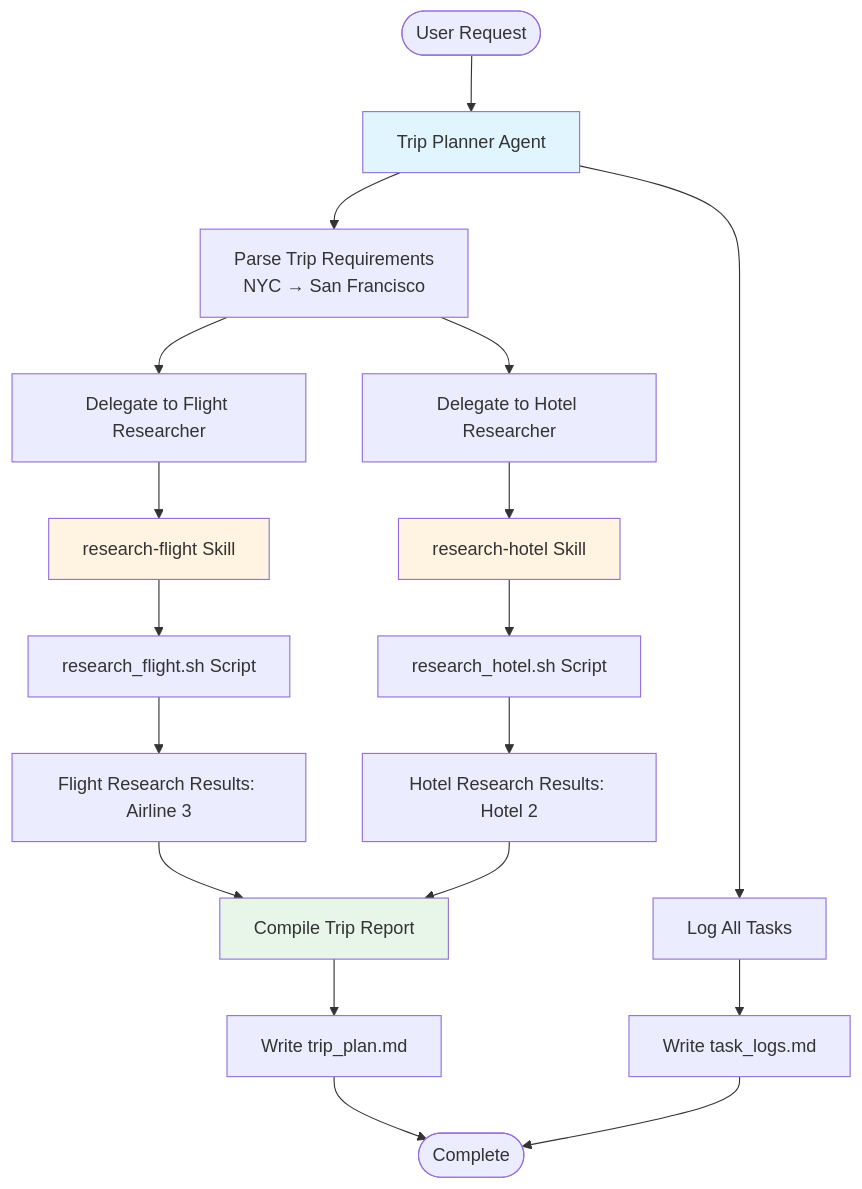
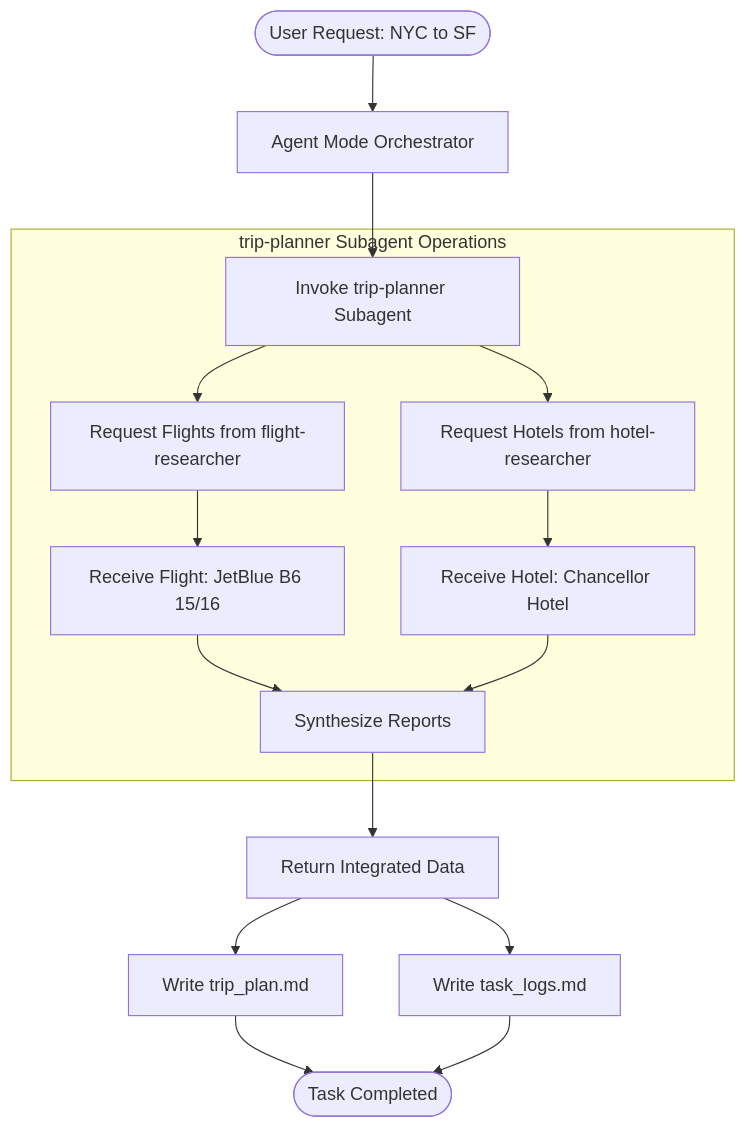
One commit to yu-iskw/cursor-experiments changed the diagram in reports/plan_to_san_francisco/task_logs.md. Above: the diagram before and after it, drawn with Mermaid. The commit also changed other lines of this file and 2 other files, not shown here.

````diff
--- a/reports/plan_to_san_francisco/task_logs.md
+++ b/reports/plan_to_san_francisco/task_logs.md
@@ -9,30 +9,20 @@
 ```mermaid
 flowchart TD
-    Start([User Request]) --> TripPlanner[Trip Planner Agent]
-    TripPlanner --> ParseInput[Parse Trip Requirements<br/>NYC → San Francisco]
-    ParseInput --> DelegateFlight[Delegate to Flight Researcher]
-    ParseInput --> DelegateHotel[Delegate to Hotel Researcher]
+    User([User Request: NYC to SF]) --> Orchestrator[Agent Mode Orchestrator]
+    Orchestrator --> Subagent[Invoke trip-planner Subagent]
 
-    DelegateFlight --> FlightSkill[research-flight Skill]
-    FlightSkill --> FlightScript[research_flight.sh Script]
-    FlightScript --> FlightResult[Flight Research Results: Airline 3]
+    subgraph trip_planner_delegation [trip-planner Subagent Operations]
+        Subagent --> FlightReq[Request Flights from flight-researcher]
+        Subagent --> HotelReq[Request Hotels from hotel-researcher]
+        FlightReq --> FlightRes[Receive Flight: JetBlue B6 15/16]
+        HotelReq --> HotelRes[Receive Hotel: Chancellor Hotel]
+        FlightRes --> Synthesis[Synthesize Reports]
+        HotelRes --> Synthesis
+    end
 
-    DelegateHotel --> HotelSkill[research-hotel Skill]
-    HotelSkill --> HotelScript[research_hotel.sh Script]
-    HotelScript --> HotelResult[Hotel Research Results: Hotel 2]
-
-    FlightResult --> CompileReport[Compile Trip Report]
-    HotelResult --> CompileReport
-    CompileReport --> WriteTripPlan[Write trip_plan.md]
-
-    TripPlanner --> LogTasks[Log All Tasks]
-    LogTasks --> WriteTaskLogs[Write task_logs.md]
-
-    WriteTripPlan --> End([Complete])
-    WriteTaskLogs --> End
-
-    style TripPlanner fill:#e1f5ff
-    style FlightSkill fill:#fff4e1
-    style HotelSkill fill:#fff4e1
-    style CompileReport fill:#e8f5e9
+    Synthesis --> ReturnData[Return Integrated Data]
+    ReturnData --> WritePlan[Write trip_plan.md]
+    ReturnData --> WriteLogs[Write task_logs.md]
+    WritePlan --> Done([Task Completed])
+    WriteLogs --> Done
 ```
````
